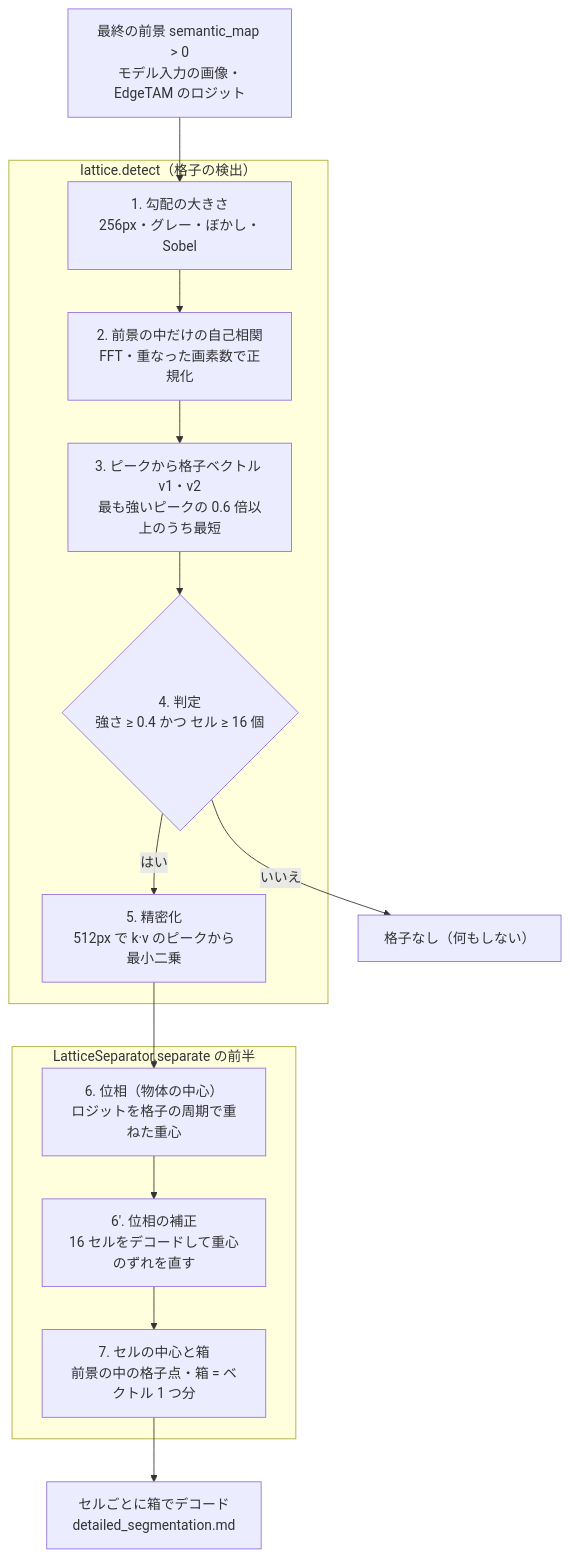
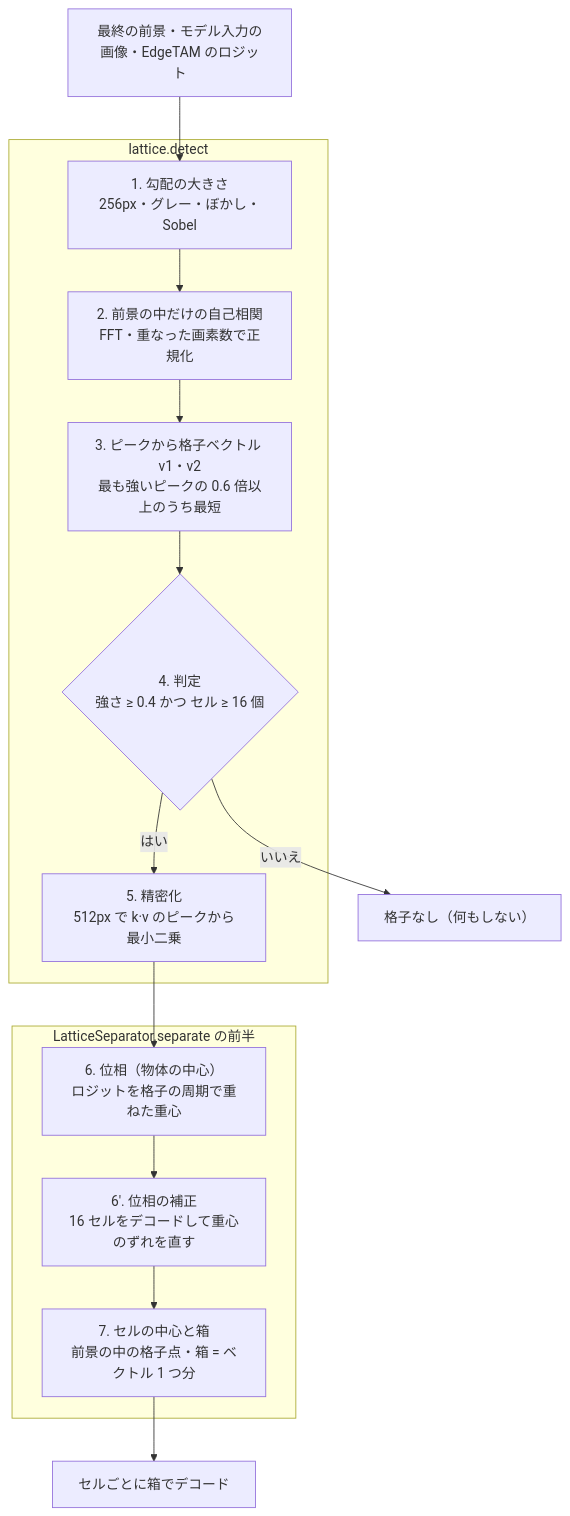
Before and after one commit to fklg-64/pe_anything_detect: the diagram in docs/lattice_detection.md, drawn with Mermaid. The commit also changed other lines of this file and 85 other files, not shown here.

````diff
--- a/docs/lattice_detection.md
+++ b/docs/lattice_detection.md
@@ -19,17 +17,17 @@
 ```mermaid
 flowchart TD
-    A["最終の前景 semantic_map > 0<br/>モデル入力の画像・EdgeTAM のロジット"] --> B
-    subgraph D1["lattice.detect（格子の検出）"]
+    A["最終の前景・モデル入力の画像・EdgeTAM のロジット"] --> B
+    subgraph D1["lattice.detect"]
         B["1. 勾配の大きさ<br/>256px・グレー・ぼかし・Sobel"] --> C["2. 前景の中だけの自己相関<br/>FFT・重なった画素数で正規化"]
         C --> D["3. ピークから格子ベクトル v1・v2<br/>最も強いピークの 0.6 倍以上のうち最短"]
         D --> E{"4. 判定<br/>強さ ≥ 0.4 かつ セル ≥ 16 個"}
         E -->|はい| F["5. 精密化<br/>512px で k·v のピークから最小二乗"]
     end
     E -->|いいえ| Z["格子なし（何もしない）"]
     subgraph D2["LatticeSeparator.separate の前半"]
         G["6. 位相（物体の中心）<br/>ロジットを格子の周期で重ねた重心"] --> H["6'. 位相の補正<br/>16 セルをデコードして重心のずれを直す"]
         H --> I["7. セルの中心と箱<br/>前景の中の格子点・箱 = ベクトル 1 つ分"]
     end
     F --> G
-    I --> J["セルごとに箱でデコード<br/>detailed_segmentation.md"]
+    I --> J["セルごとに箱でデコード"]
 ```
````
